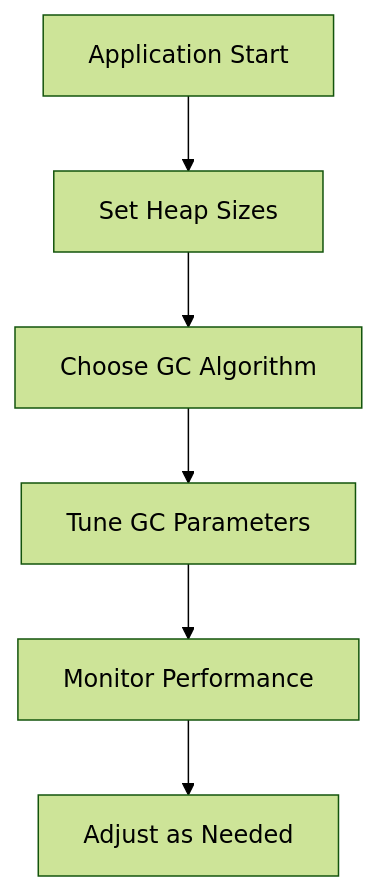
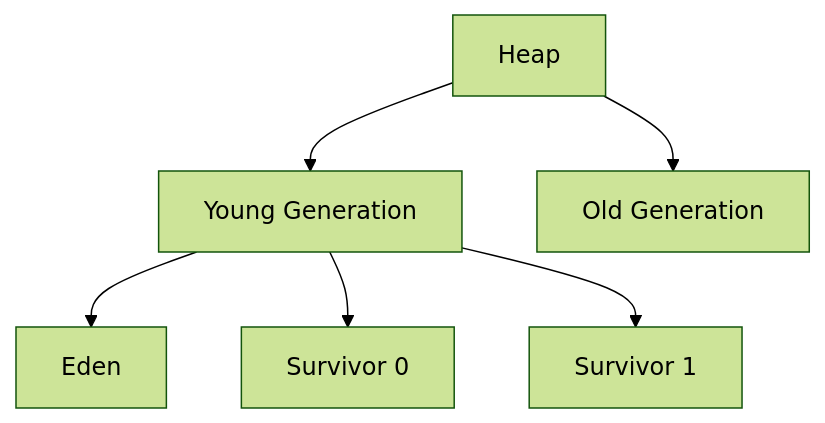
The diagram in java/advanced-java-concepts/jvm-performance-tuning/README.md (VrushankPatel/interview-matters), drawn with Mermaid (forest theme) before and after one commit. The commit also changed other lines of this file and 5 other files, not shown here.

````diff
--- a/java/advanced-java-concepts/jvm-performance-tuning/README.md
+++ b/java/advanced-java-concepts/jvm-performance-tuning/README.md
@@ -18,8 +30,8 @@
 ```mermaid
-flowchart TD
-    A[Application Start] --> B[Set Heap Sizes]
-    B --> C[Choose GC Algorithm]
-    C --> D[Tune GC Parameters]
-    D --> E[Monitor Performance]
-    E --> F[Adjust as Needed]
+graph TD
+    A[Heap] --> B[Young Generation]
+    A --> C[Old Generation]
+    B --> D[Eden]
+    B --> E[Survivor 0]
+    B --> F[Survivor 1]
 ```
````
